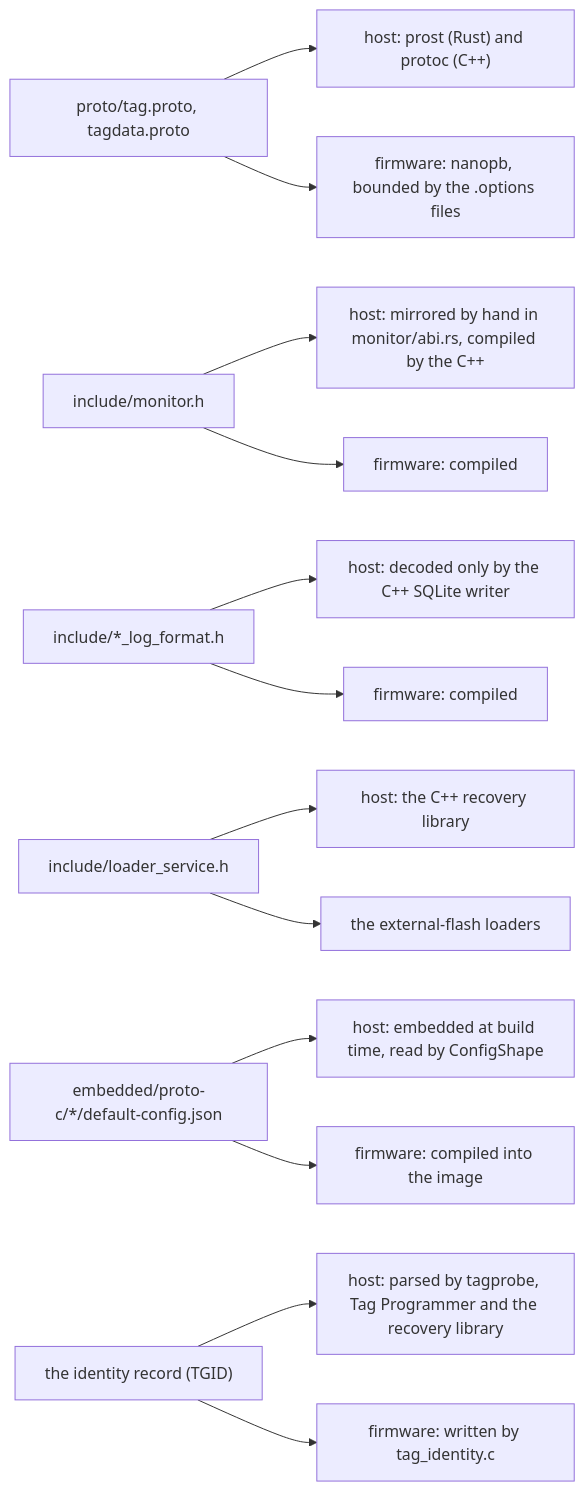
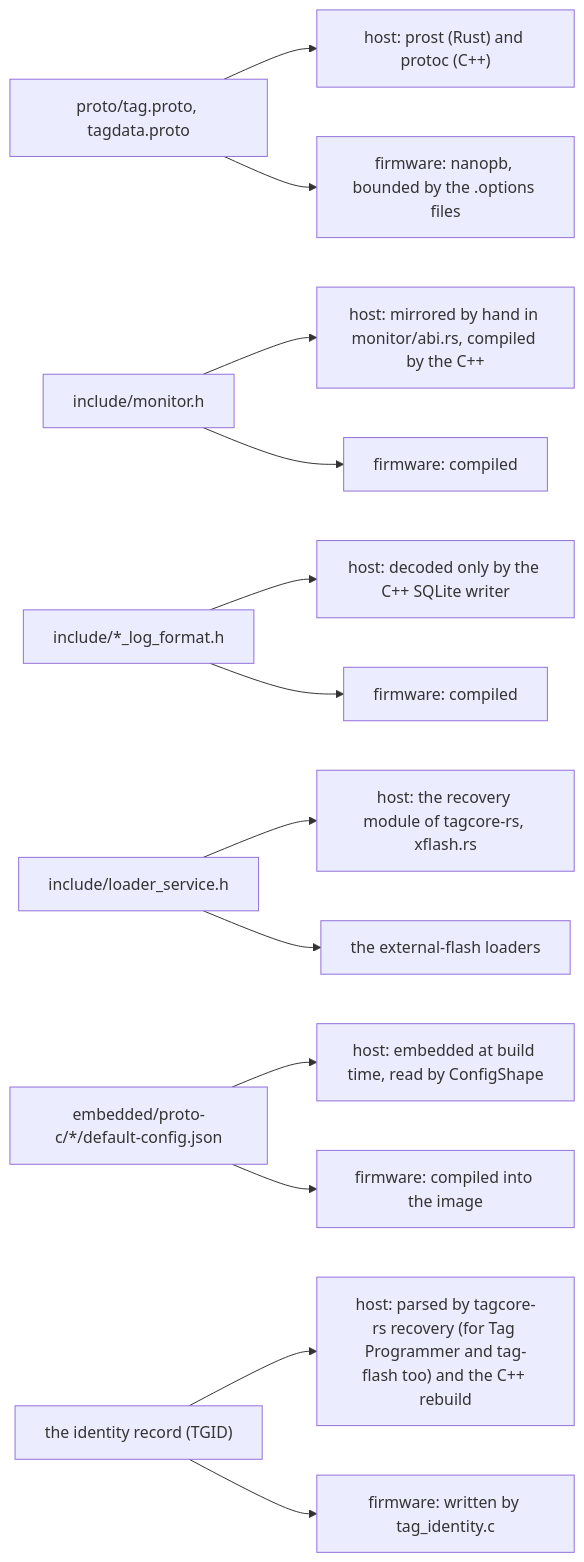
The diagram in host/design/guide/04-shared-contract.md (tag-designs/software), drawn with Mermaid before and after one commit. The commit also changed other lines of this file and 67 other files, not shown here.

First line of the commit message:
Retire the C++ SWD recovery library and tools; the Rust ones replace them

````diff
--- a/host/design/guide/04-shared-contract.md
+++ b/host/design/guide/04-shared-contract.md
@@ -16,15 +16,15 @@
 ```mermaid
 flowchart LR
   proto["proto/tag.proto, tagdata.proto"] --> hp["host: prost (Rust) and protoc (C++)"]
   proto --> fp["firmware: nanopb, bounded by the .options files"]
   mon["include/monitor.h"] --> hm["host: mirrored by hand in monitor/abi.rs, compiled by the C++"]
   mon --> fm["firmware: compiled"]
   logs["include/*_log_format.h"] --> hl["host: decoded only by the C++ SQLite writer"]
   logs --> fl["firmware: compiled"]
-  loader["include/loader_service.h"] --> hlo["host: the C++ recovery library"]
+  loader["include/loader_service.h"] --> hlo["host: the recovery module of tagcore-rs, xflash.rs"]
   loader --> flo["the external-flash loaders"]
   dc["embedded/proto-c/*/default-config.json"] --> hd["host: embedded at build time, read by ConfigShape"]
   dc --> fd["firmware: compiled into the image"]
-  tgid["the identity record (TGID)"] --> ht["host: parsed by tagprobe, Tag Programmer and the recovery library"]
+  tgid["the identity record (TGID)"] --> ht["host: parsed by tagcore-rs recovery (for Tag Programmer and tag-flash too) and the C++ rebuild"]
   tgid --> ft["firmware: written by tag_identity.c"]
 ```
````
